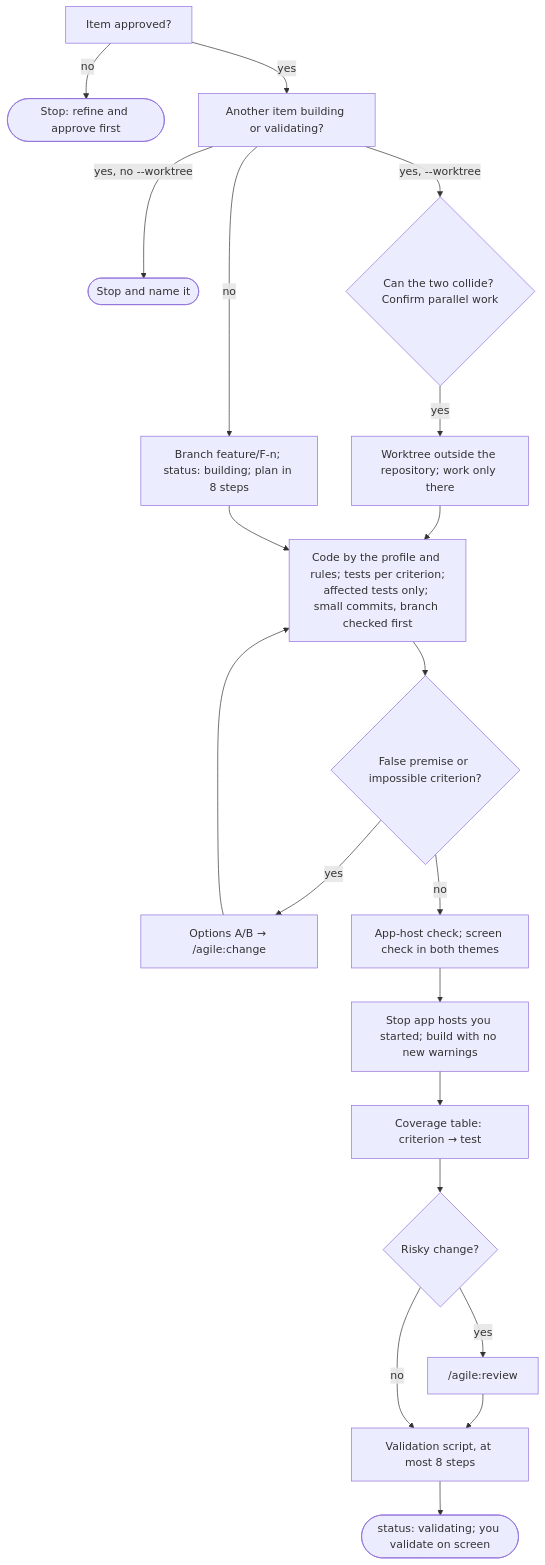
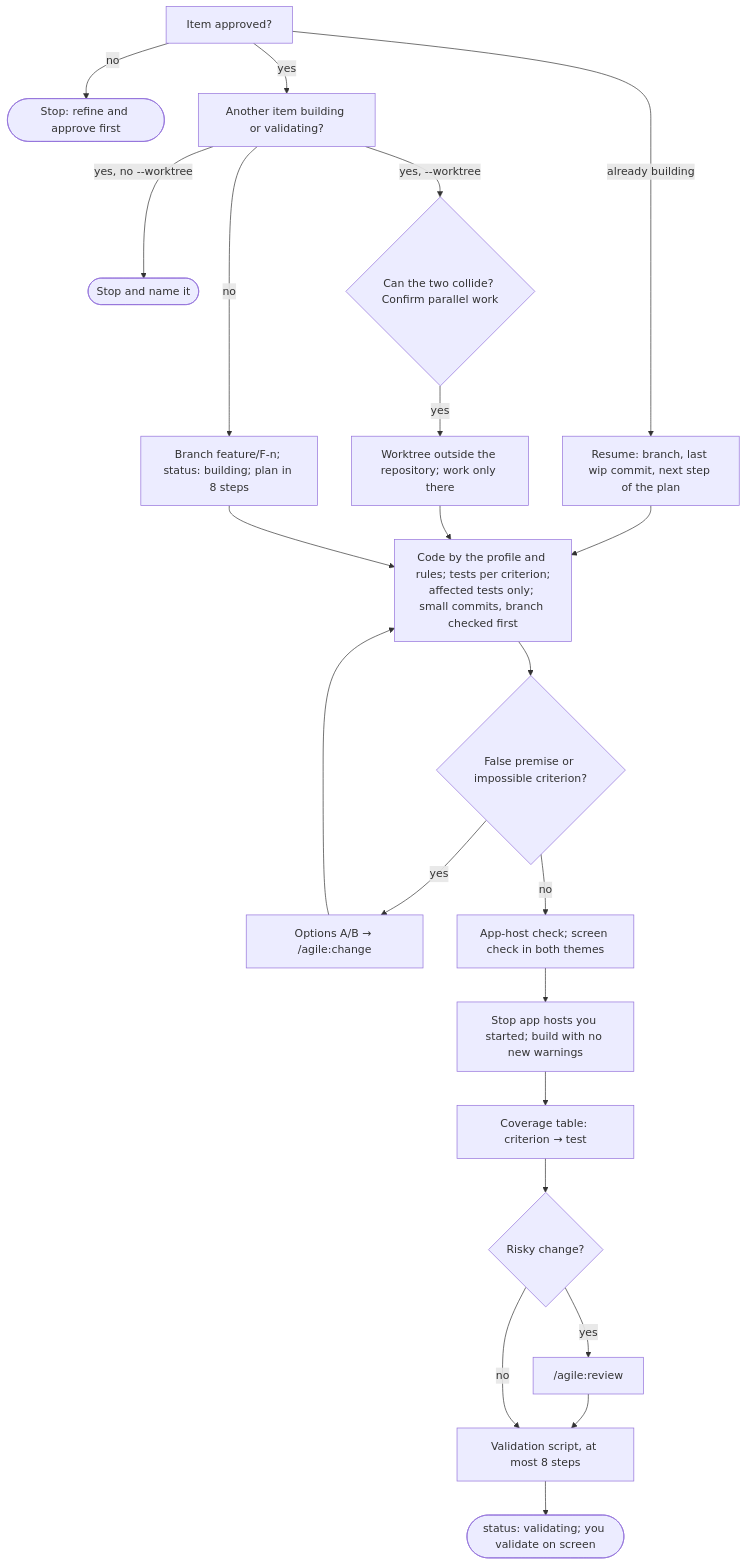
One commit to alexcanario/simulab changed the eighth of 15 diagrams in docs/agile/workflow.md. Above: the diagram before and after it, drawn with Mermaid. The commit also changed other lines of this file and 1 other file, not shown here.

````diff
--- a/docs/agile/workflow.md
+++ b/docs/agile/workflow.md
@@ -812,22 +902,24 @@
 ```mermaid
 flowchart TD
-    A["Item approved?"] -->|no| A1(["Stop: refine and approve first"])
+    A["Item approved?"] -->|already building| A2["Resume: branch, last wip commit, next step of the plan"]
+    A2 --> D
+    A -->|no| A1(["Stop: refine and approve first"])
     A -->|yes| B["Another item building or validating?"]
     B -->|yes, no --worktree| B1(["Stop and name it"])
     B -->|yes, --worktree| B2{"Can the two collide? Confirm parallel work"}
     B2 -->|yes| C2["Worktree outside the repository; work only there"]
     B -->|no| C["Branch feature/F-n; status: building; plan in 8 steps"]
     C2 --> D
     C --> D["Code by the profile and rules; tests per criterion;<br/>affected tests only; small commits, branch checked first"]
     D --> E{"False premise or impossible criterion?"}
     E -->|yes| E1["Options A/B → /agile:change"]
     E1 --> D
     E -->|no| F["App-host check; screen check in both themes"]
     F --> G["Stop app hosts you started; build with no new warnings"]
     G --> H["Coverage table: criterion → test"]
     H --> I{"Risky change?"}
     I -->|yes| I1["/agile:review"]
     I1 --> J
     I -->|no| J["Validation script, at most 8 steps"]
     J --> K(["status: validating; you validate on screen"])
 ```
````
